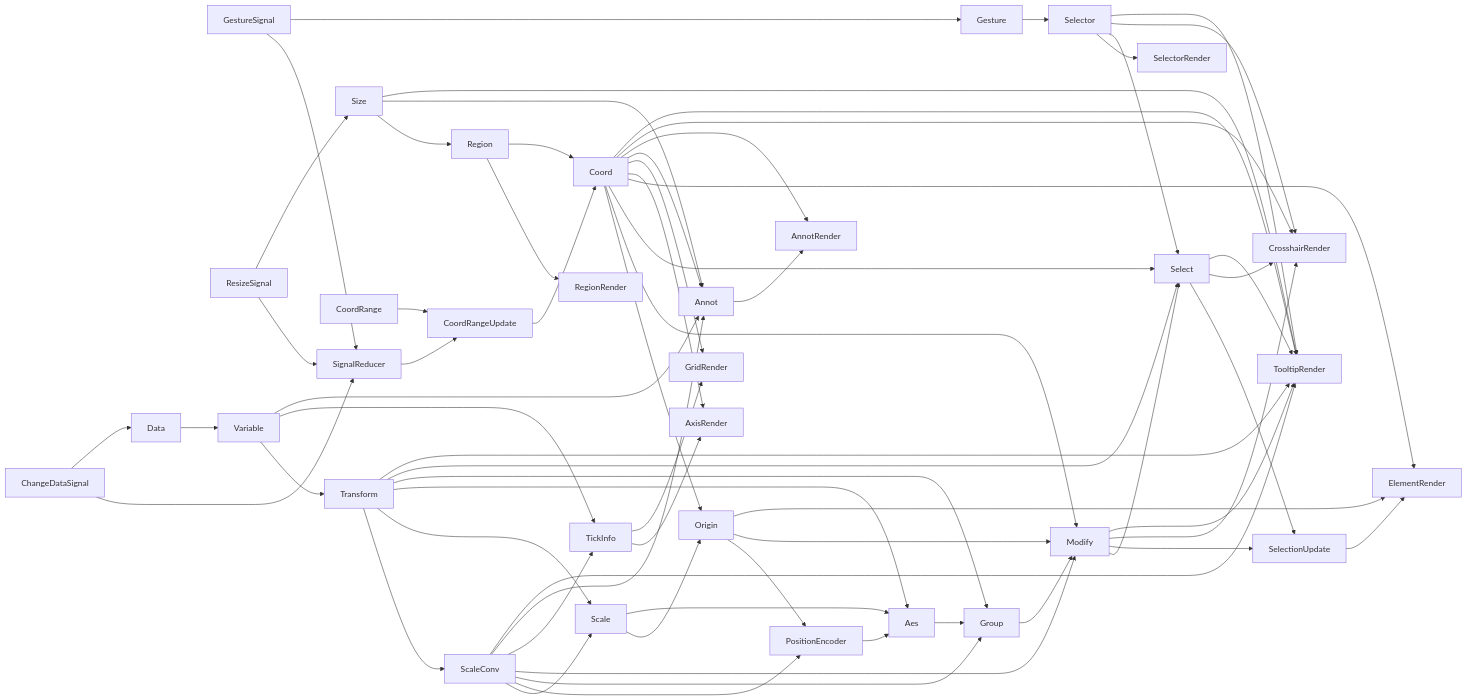
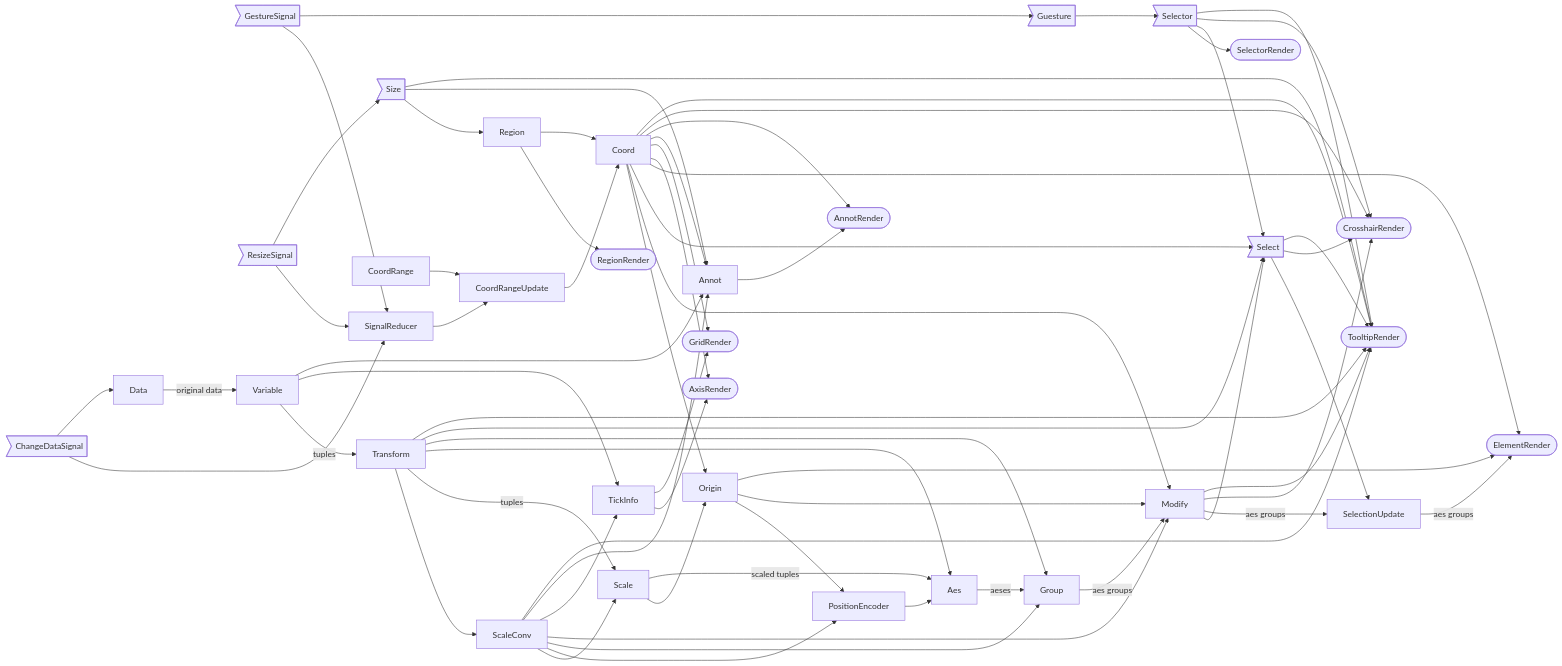
One commit to entronad/graphic changed the diagram in devdoc/dataflow.md. Above: the diagram before and after it, drawn with Mermaid. The commit also changed other lines of this file and 4 other files, not shown here.

````diff
--- a/devdoc/dataflow.md
+++ b/devdoc/dataflow.md
@@ -1,68 +1,68 @@
 ```mermaid
 graph LR
-    GestureSignal --> SignalReducer
-    ResizeSignal --> SignalReducer
-    ChangeDataSignal --> SignalReducer
-    ResizeSignal --> Size
+    GestureSignal>GestureSignal] --> SignalReducer
+    ResizeSignal>ResizeSignal] --> SignalReducer
+    ChangeDataSignal>ChangeDataSignal] --> SignalReducer
+    ResizeSignal --> Size>Size]
     Size --> Region
-    Region --> RegionRender
+    Region --> RegionRender([RegionRender])
     CoordRange --> CoordRangeUpdate
     SignalReducer --> CoordRangeUpdate
     CoordRangeUpdate --> Coord
     Region --> Coord
     ChangeDataSignal --> Data
-    Data --> Variable
-    Variable --> Transform
+    Data -- original data --> Variable
+    Variable -- tuples --> Transform
     Transform --> ScaleConv
-    Transform --> Scale
+    Transform -- tuples --> Scale
     ScaleConv --> Scale
-    GestureSignal --> Gesture
-    Gesture --> Selector
-    Selector --> SelectorRender
+    GestureSignal --> Gesture>Guesture]
+    Gesture --> Selector>Selector]
+    Selector --> SelectorRender([SelectorRender])
     Scale --> Origin
     Coord --> Origin
     ScaleConv --> PositionEncoder
     Origin --> PositionEncoder
-    Scale --> Aes
+    Scale -- scaled tuples --> Aes
     Transform --> Aes
     PositionEncoder --> Aes
-    Aes --> Group
+    Aes -- aeses --> Group
     Transform --> Group
     ScaleConv --> Group
-    Group --> Modify
+    Group -- aes groups --> Modify
     ScaleConv --> Modify
     Coord --> Modify
     Origin --> Modify
-    Selector --> Select
+    Selector --> Select>Select]
     Modify --> Select
     Transform --> Select
     Coord --> Select
-    Modify --> SelectionUpdate
+    Modify -- aes groups --> SelectionUpdate
     Select --> SelectionUpdate
-    SelectionUpdate --> ElementRender
+    SelectionUpdate -- aes groups --> ElementRender([ElementRender])
     Coord --> ElementRender
     Origin --> ElementRender
     Variable --> TickInfo
     ScaleConv --> TickInfo
-    Coord --> AxisRender
+    Coord --> AxisRender([AxisRender])
     TickInfo --> AxisRender
-    Coord --> GridRender
+    Coord --> GridRender([GridRender])
     TickInfo --> GridRender
     Variable --> Annot
     ScaleConv --> Annot
     Coord --> Annot
     Size --> Annot
-    Annot --> AnnotRender
+    Annot --> AnnotRender([AnnotRender])
     Coord --> AnnotRender
-    Selector --> CrosshairRender
+    Selector --> CrosshairRender([CrosshairRender])
     Select --> CrosshairRender
     Coord --> CrosshairRender
     Modify --> CrosshairRender
-    Selector --> TooltipRender
+    Selector --> TooltipRender([TooltipRender])
     Select --> TooltipRender
     Coord --> TooltipRender
     Modify --> TooltipRender
     Transform --> TooltipRender
     Size --> TooltipRender
     ScaleConv --> TooltipRender
 ```
````
